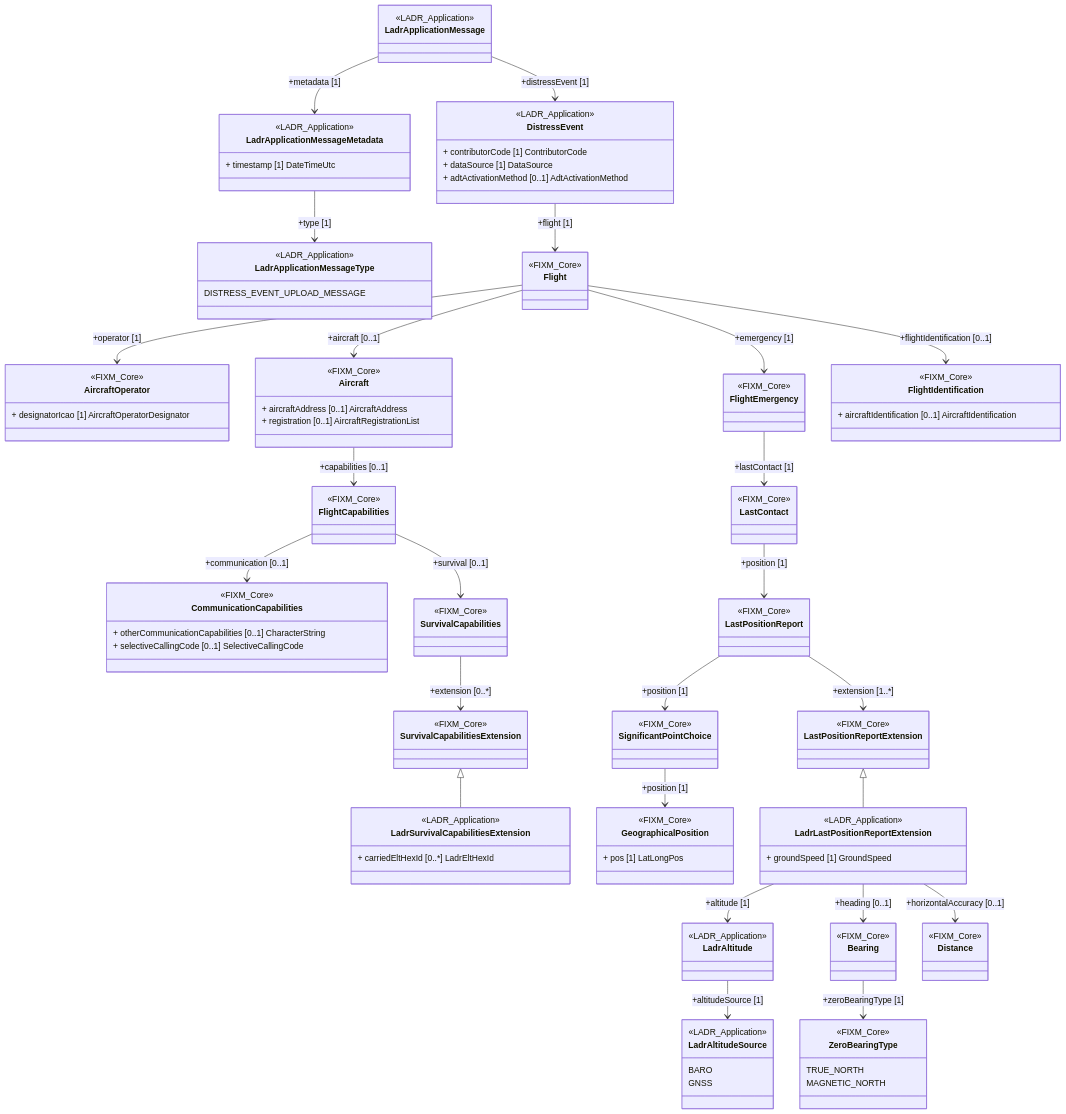
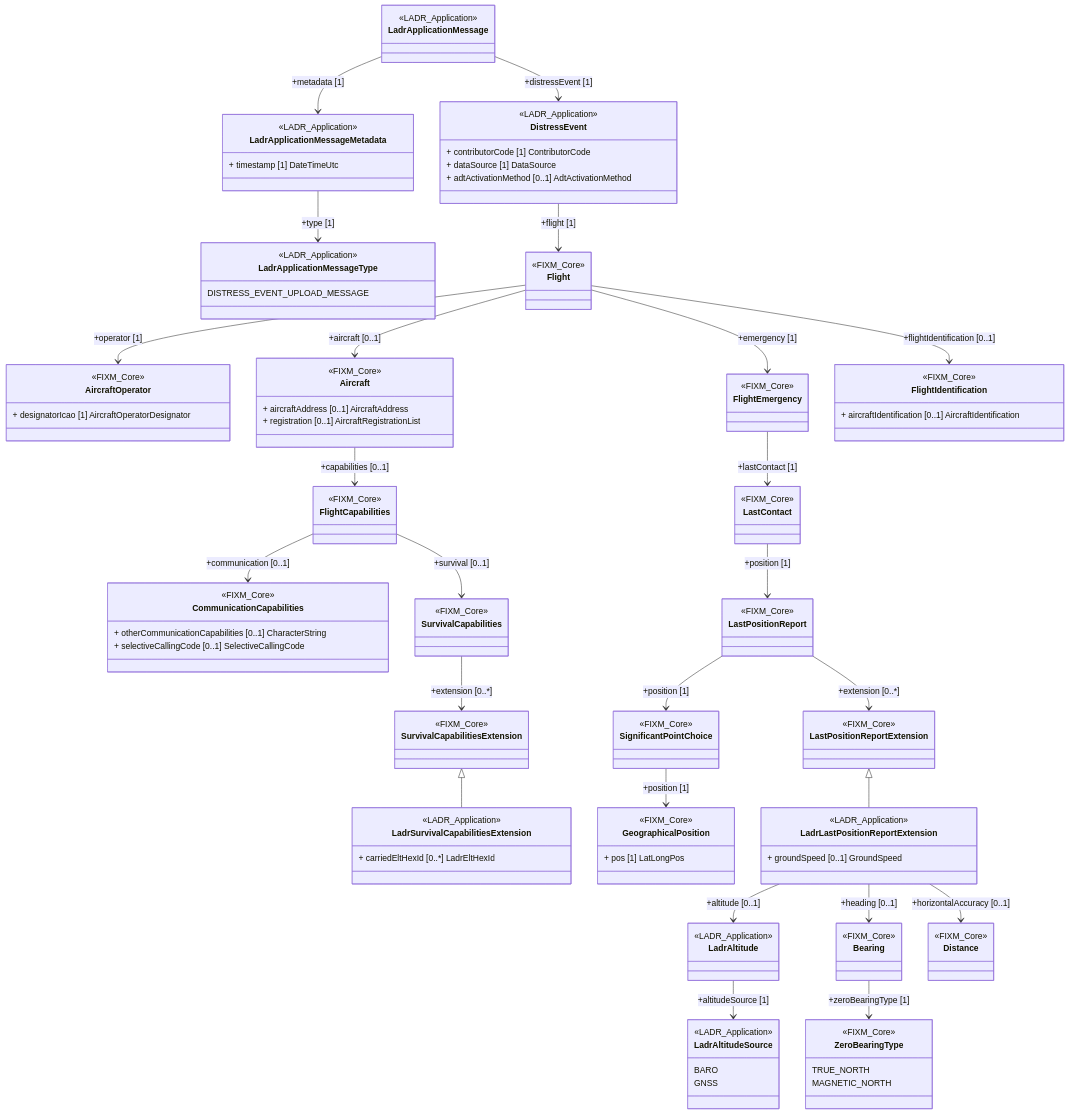
One commit to eurocontrol-ladr/ladrApplicationMessages changed the second of 2 diagrams in schemas/distressEventUploadMessage/readMe.md. Above: the diagram before and after it, drawn with Mermaid. The commit also changed other lines of this file, not shown here.

```diff
--- a/schemas/distressEventUploadMessage/readMe.md
+++ b/schemas/distressEventUploadMessage/readMe.md
@@ -86,7 +86,7 @@
 LadrAltitudeSource : BARO	
 LadrAltitudeSource : GNSS	
 LadrAltitude --> LadrAltitudeSource : +altitudeSource [1]	
-LadrLastPositionReportExtension --> LadrAltitude : +altitude [1]	
+LadrLastPositionReportExtension --> LadrAltitude : +altitude [0..1]	
 class Bearing	
 <<FIXM_Core>> Bearing	
 class ZeroBearingType	
@@ -95,12 +95,12 @@
 ZeroBearingType : MAGNETIC_NORTH	
 Bearing --> ZeroBearingType : +zeroBearingType [1]	
 LadrLastPositionReportExtension --> Bearing : +heading [0..1]	
-LadrLastPositionReportExtension : + groundSpeed [1] GroundSpeed	
+LadrLastPositionReportExtension : + groundSpeed [0..1] GroundSpeed	
 class Distance	
 <<FIXM_Core>> Distance	
 LadrLastPositionReportExtension --> Distance : +horizontalAccuracy [0..1]	
 LastPositionReportExtension<|-- LadrLastPositionReportExtension	
-LastPositionReport --> LastPositionReportExtension : +extension [1..*]	
+LastPositionReport --> LastPositionReportExtension : +extension [0..*]	
 LastContact --> LastPositionReport : +position [1]	
 FlightEmergency --> LastContact : +lastContact [1]	
 Flight --> FlightEmergency : +emergency [1]	
```
